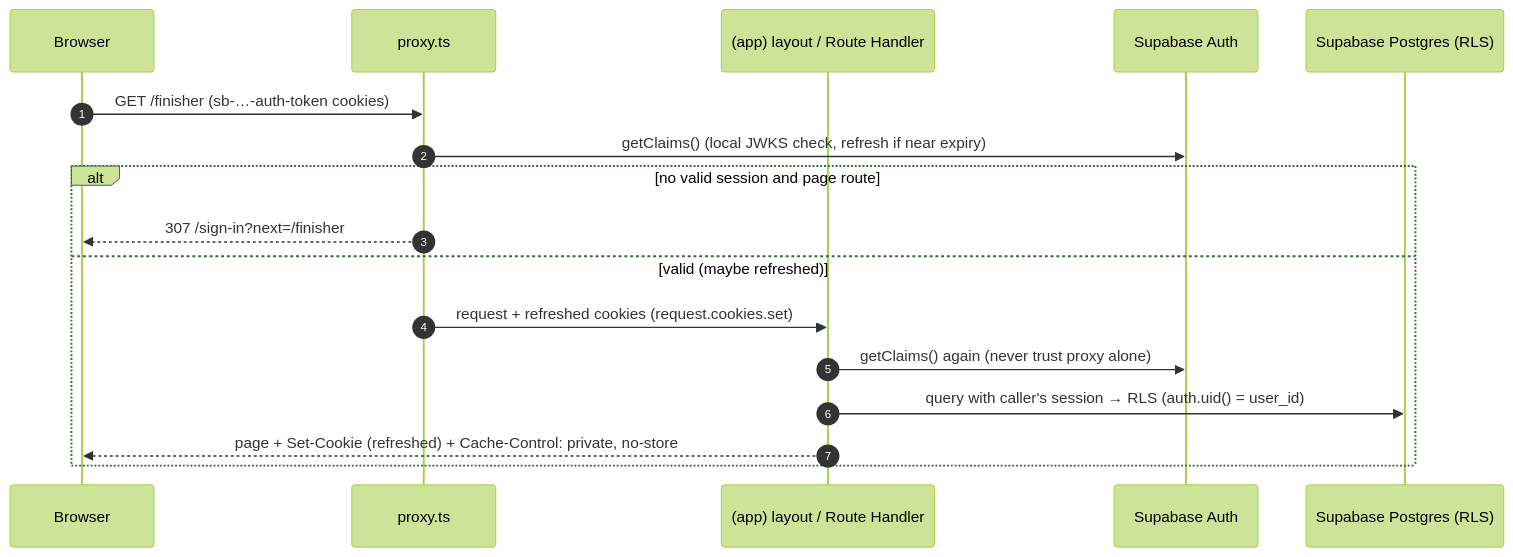
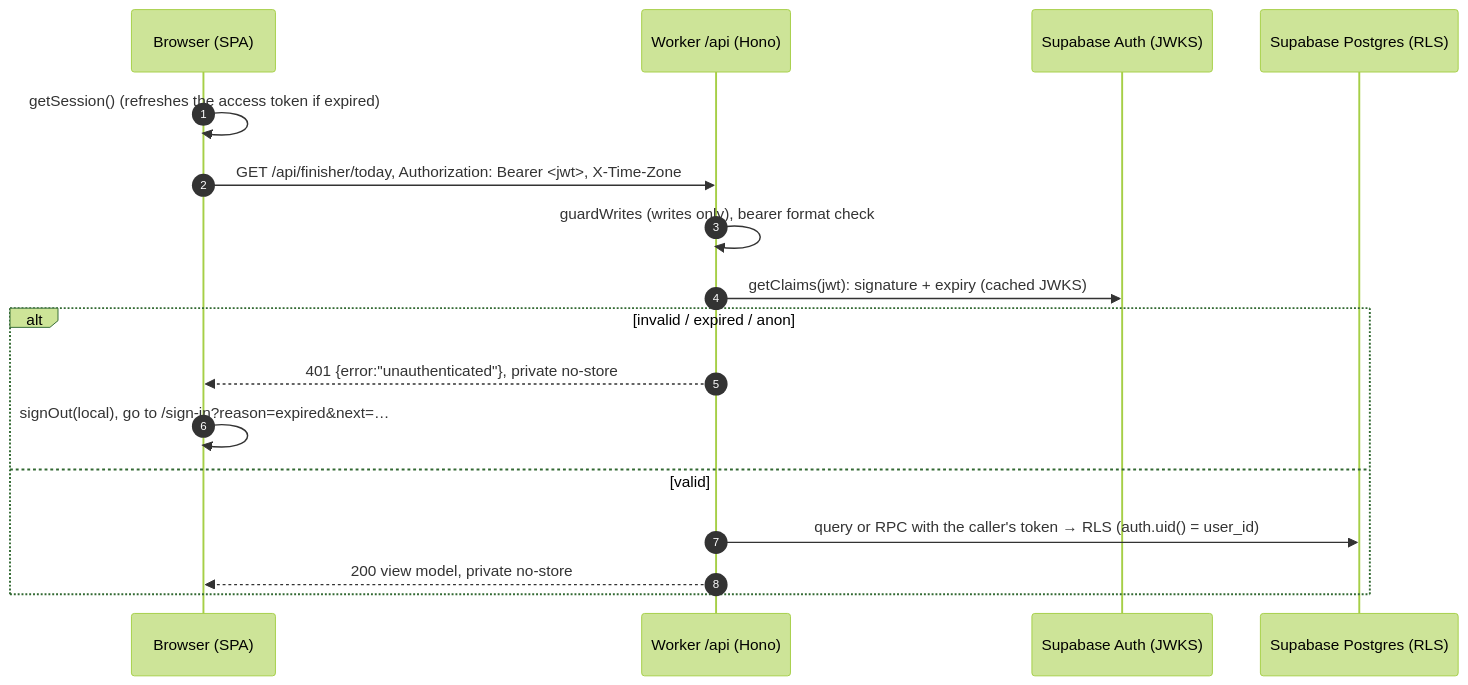
One commit to ndh103/person-hub changed the diagram in docs/architecture/auth.md. Above: the diagram before and after it, drawn with Mermaid (forest theme). The commit also changed other lines of this file and 161 other files, not shown here.

Commit message:
Change architecture to SPA + API, using cloudflare

````diff
--- a/docs/architecture/auth.md
+++ b/docs/architecture/auth.md
@@ -81,19 +68,19 @@
 ```mermaid
 sequenceDiagram
   autonumber
-  participant B as Browser
-  participant P as proxy.ts
-  participant L as (app) layout / Route Handler
-  participant S as Supabase Auth
+  participant B as Browser (SPA)
+  participant W as Worker /api (Hono)
+  participant S as Supabase Auth (JWKS)
   participant DB as Supabase Postgres (RLS)
-  B->>P: GET /finisher (sb-…-auth-token cookies)
-  P->>S: getClaims() (local JWKS check, refresh if near expiry)
-  alt no valid session and page route
-    P-->>B: 307 /sign-in?next=/finisher
-  else valid (maybe refreshed)
-    P->>L: request + refreshed cookies (request.cookies.set)
-    L->>S: getClaims() again (never trust proxy alone)
-    L->>DB: query with caller's session → RLS (auth.uid() = user_id)
-    L-->>B: page + Set-Cookie (refreshed) + Cache-Control: private, no-store
+  B->>B: getSession() (refreshes the access token if expired)
+  B->>W: GET /api/finisher/today, Authorization: Bearer <jwt>, X-Time-Zone
+  W->>W: guardWrites (writes only), bearer format check
+  W->>S: getClaims(jwt): signature + expiry (cached JWKS)
+  alt invalid / expired / anon
+    W-->>B: 401 {error:"unauthenticated"}, private no-store
+    B->>B: signOut(local), go to /sign-in?reason=expired&next=…
+  else valid
+    W->>DB: query or RPC with the caller's token → RLS (auth.uid() = user_id)
+    W-->>B: 200 view model, private no-store
   end
 ```
````
